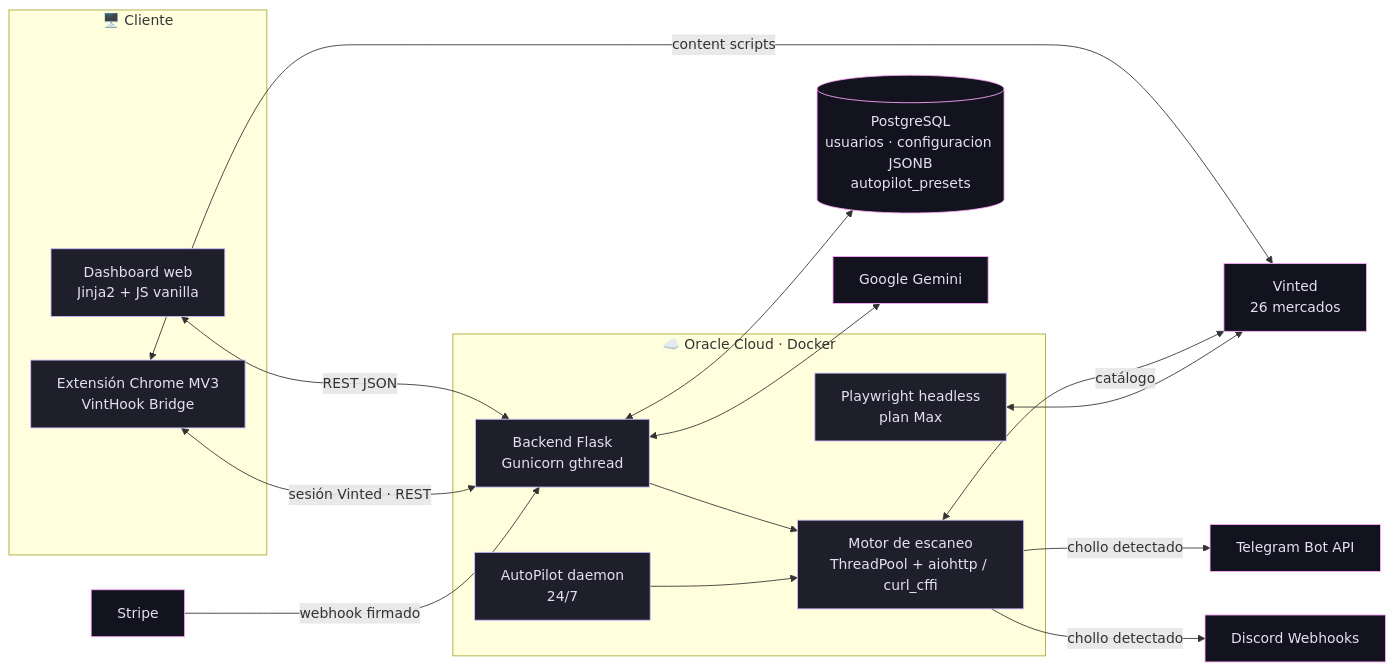
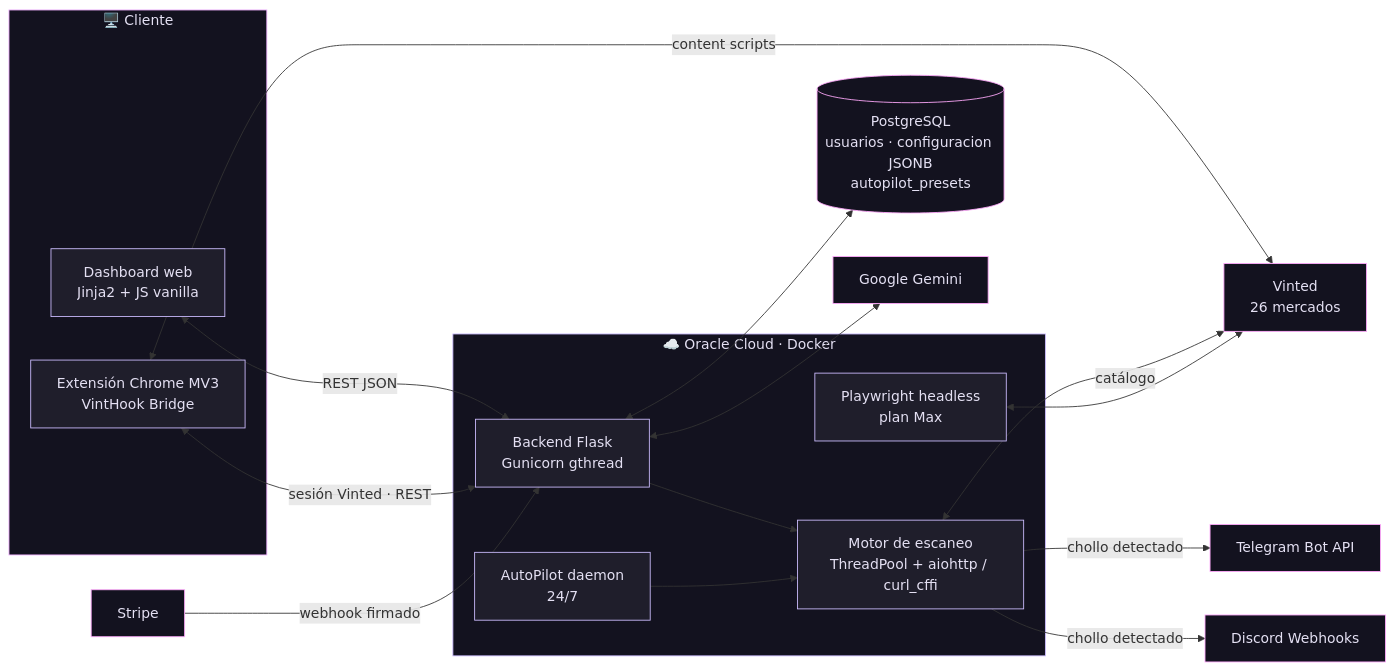
The first of 2 diagrams in README.md (mirandahidalgopablo-lab/Proyecto-VintHook), drawn with Mermaid before and after one commit.

Commit message:
docs: theme architecture diagram subgraphs
Added styles for Client and Server in the diagram.

````diff
--- a/README.md
+++ b/README.md
@@ -68,39 +68,41 @@
 ```mermaid
 flowchart LR
     subgraph Client["🖥️ Cliente"]
         UI["Dashboard web<br/>Jinja2 + JS vanilla"]
         EXT["Extensión Chrome MV3<br/>VintHook Bridge"]
     end
 
     subgraph Server["☁️ Oracle Cloud · Docker"]
         API["Backend Flask<br/>Gunicorn gthread"]
         SCAN["Motor de escaneo<br/>ThreadPool + aiohttp / curl_cffi"]
         AP["AutoPilot daemon<br/>24/7"]
         PW["Playwright headless<br/>plan Max"]
     end
 
     DB[("PostgreSQL<br/>usuarios · configuracion JSONB<br/>autopilot_presets")]
     VINTED["Vinted<br/>26 mercados"]
     TG["Telegram Bot API"]
     DC["Discord Webhooks"]
     STRIPE["Stripe"]
     GEM["Google Gemini"]
 
     UI <-->|REST JSON| API
     EXT <-->|sesión Vinted · REST| API
     EXT <-->|content scripts| VINTED
     API <--> DB
     API --> SCAN
     AP --> SCAN
     SCAN <-->|catálogo| VINTED
     PW <--> VINTED
     SCAN -->|chollo detectado| TG
     SCAN -->|chollo detectado| DC
     STRIPE -->|webhook firmado| API
     API <--> GEM
 
     classDef core fill:#1f1e2b,stroke:#cdbdff,color:#e4e0f3;
     classDef ext fill:#13121f,stroke:#ffa9fc,color:#e4e0f3;
     class API,SCAN,AP,PW,UI,EXT core;
     class DB,VINTED,TG,DC,STRIPE,GEM ext;
+    style Client fill:#13121f,stroke:#f0b0ff,color:#e4e0f3
+    style Server fill:#13121f,stroke:#cdbdff,color:#e4e0f3
 ```
````
